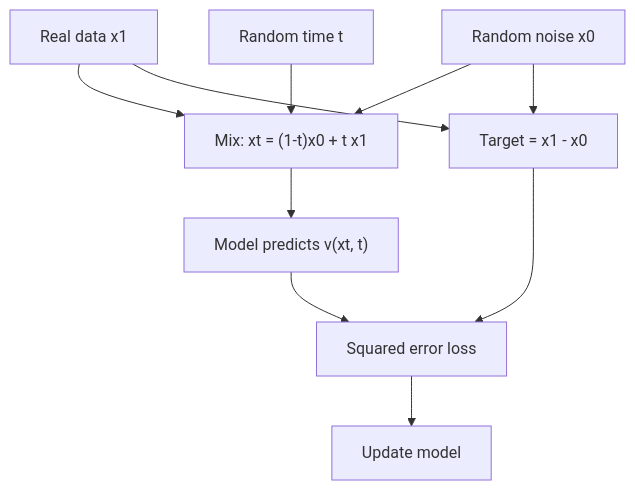
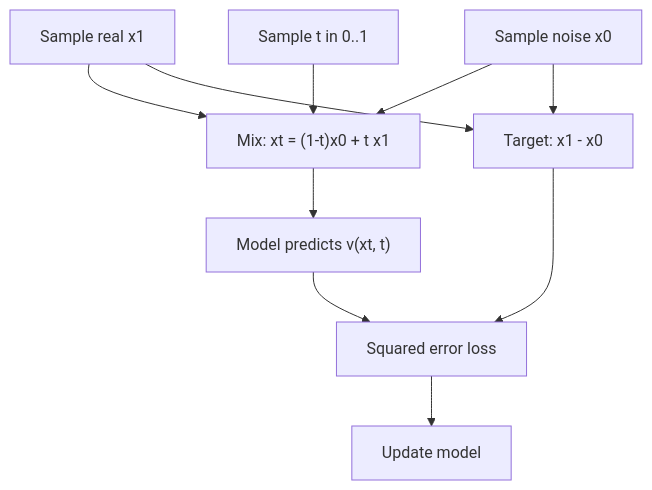
Before and after one commit to kaisarnajar/outcome-school-blogs: the first of 2 diagrams in notes/step-15-multimodal-ai-and-generative-models/178-flow-matching.md, drawn with Mermaid. The commit also changed other lines of this file and 233 other files, not shown here.

````diff
--- a/notes/step-15-multimodal-ai-and-generative-models/178-flow-matching.md
+++ b/notes/step-15-multimodal-ai-and-generative-models/178-flow-matching.md
@@ -46,12 +95,12 @@
 ```mermaid
 flowchart TD
-    A["Real data x1"] --> D["Mix: xt = (1-t)x0 + t x1"]
-    B["Random noise x0"] --> D
-    C["Random time t"] --> D
-    D --> E["Model predicts v(xt, t)"]
-    A --> F["Target = x1 - x0"]
-    B --> F
-    E --> G["Squared error loss"]
-    F --> G
-    G --> H["Update model"]
+    D1["Sample real x1"] --> M1["Mix: xt = (1-t)x0 + t x1"]
+    N1["Sample noise x0"] --> M1
+    T1["Sample t in 0..1"] --> M1
+    M1 --> P1["Model predicts v(xt, t)"]
+    D1 --> TG["Target: x1 - x0"]
+    N1 --> TG
+    P1 --> L1["Squared error loss"]
+    TG --> L1
+    L1 --> U1["Update model"]
 ```
````
